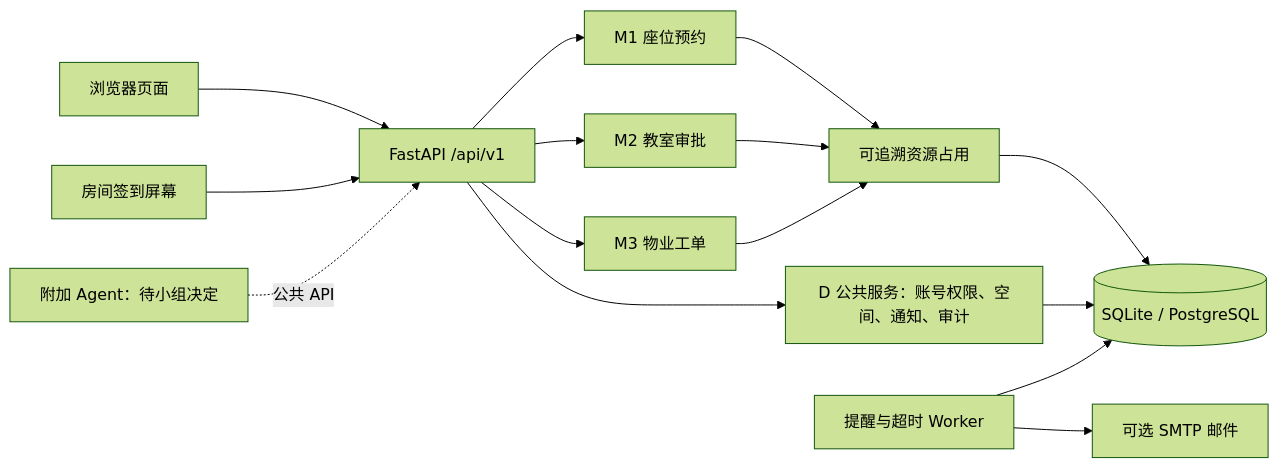
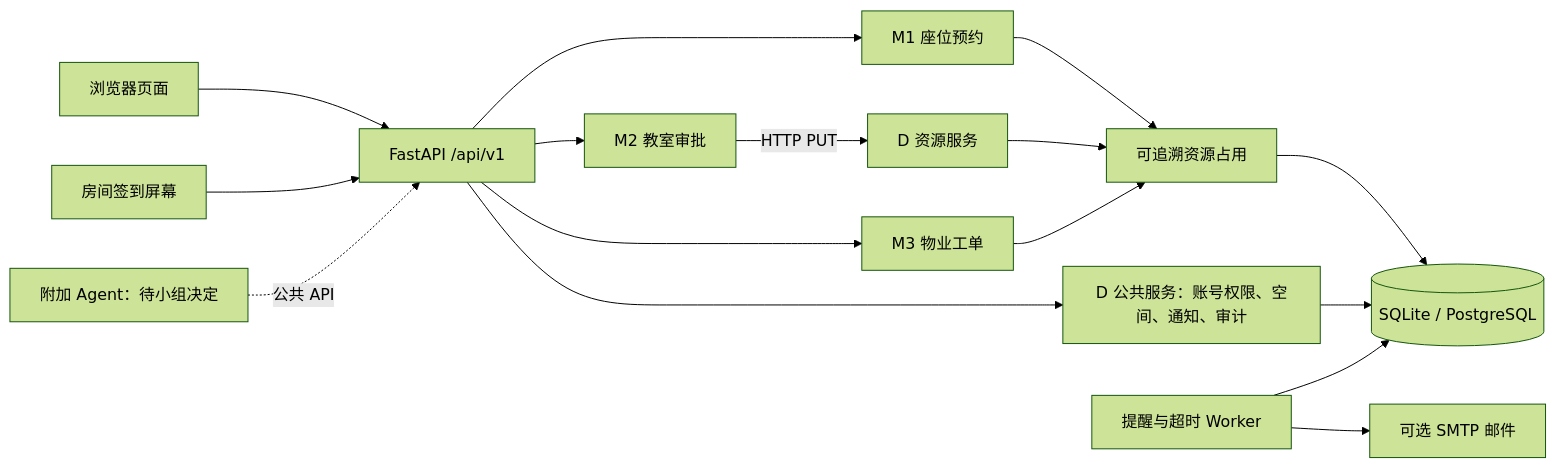
Before and after one commit to chraodo/campus-resource-platform: the diagram in docs/architecture.md, drawn with Mermaid (forest theme). The commit also changed other lines of this file and 6 other files, not shown here.

````diff
--- a/docs/architecture.md
+++ b/docs/architecture.md
@@ -7,17 +7,18 @@
 ```mermaid
 flowchart LR
   Browser[浏览器页面] --> API[FastAPI /api/v1]
   Screen[房间签到屏幕] --> API
   OptionalAgent[附加 Agent：待小组决定] -. 公共 API .-> API
   API --> M1[M1 座位预约]
   API --> M2[M2 教室审批]
   API --> M3[M3 物业工单]
   API --> D[D 公共服务：账号权限、空间、通知、审计]
   M1 --> Holds[可追溯资源占用]
-  M2 --> Holds
+  M2 -->|HTTP PUT| Resource[D 资源服务]
+  Resource --> Holds
   M3 --> Holds
   Holds --> DB[(SQLite / PostgreSQL)]
   D --> DB
   Worker[提醒与超时 Worker] --> DB
   Worker --> Mail[可选 SMTP 邮件]
 ```
````
